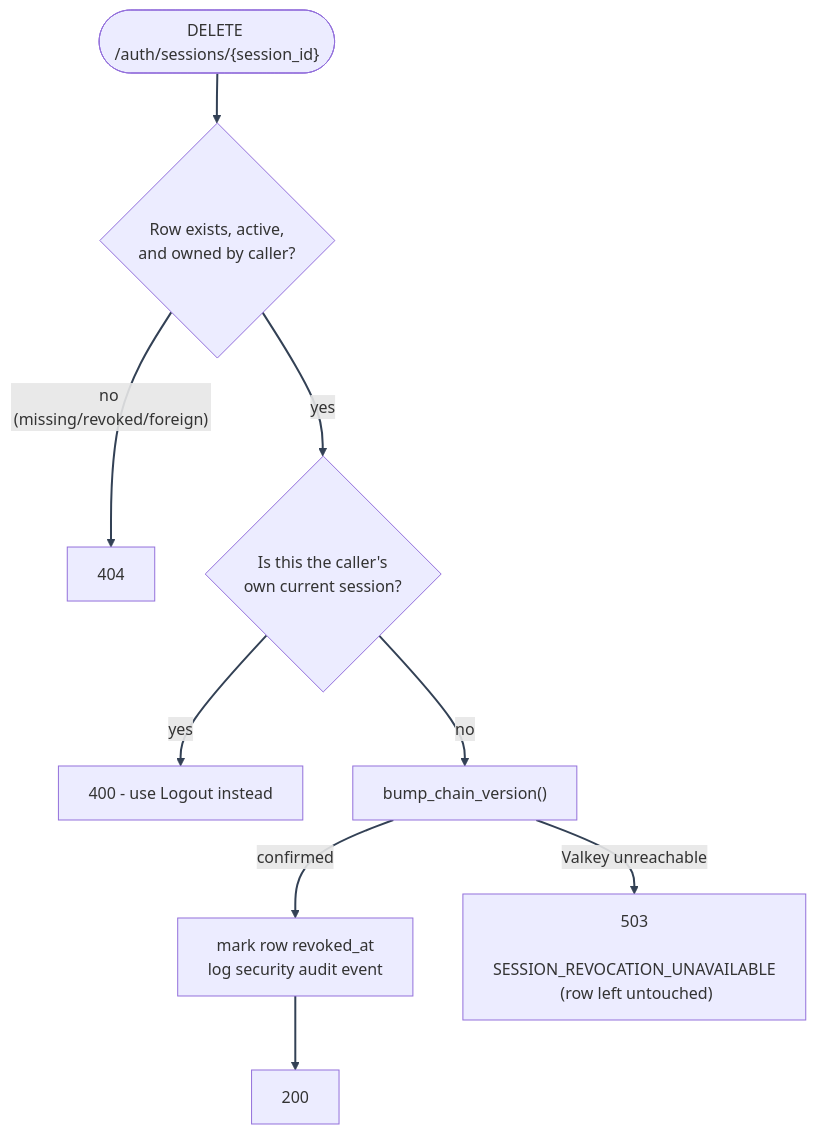
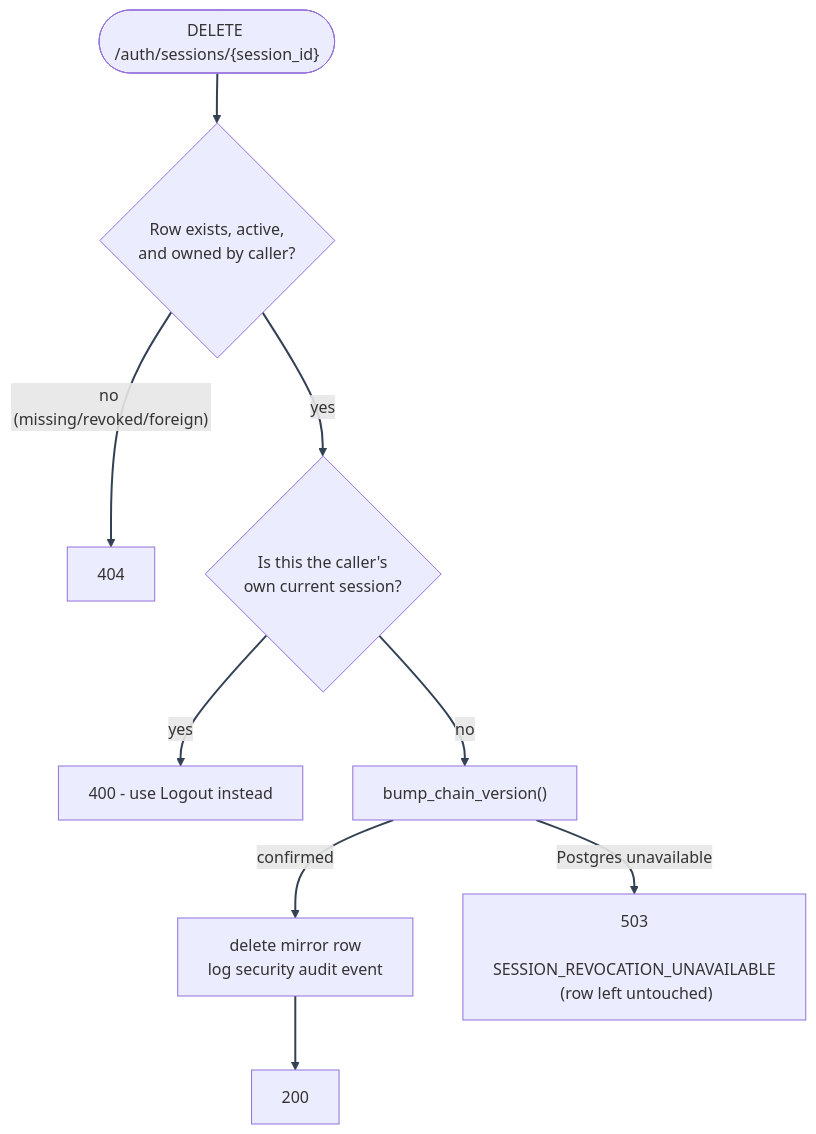
The diagram in docs/mystic_auth/authentication/session-management/list-and-revoke-sessions.md (Nachiket-2024/mystic-auth), drawn with Mermaid before and after one commit. The commit also changed other lines of this file and 376 other files, not shown here.

````diff
--- a/docs/mystic_auth/authentication/session-management/list-and-revoke-sessions.md
+++ b/docs/mystic_auth/authentication/session-management/list-and-revoke-sessions.md
@@ -29,13 +29,13 @@
 ```mermaid
 %%{init: {"themeVariables": {"lineColor": "#334155"}} }%%
 flowchart TD
     Start(["DELETE /auth/sessions/{session_id}"]) --> Own{"Row exists, active,\n and owned by caller?"}
     Own -- "no (missing/revoked/foreign)" --> R404["404"]
     Own -- "yes" --> Current{"Is this the caller's\n own current session?"}
     Current -- "yes" --> R400["400 - use Logout instead"]
     Current -- "no" --> Bump["bump_chain_version()"]
-    Bump -- "confirmed" --> Mark["mark row revoked_at\n log security audit event"]
+    Bump -- "confirmed" --> Mark["delete mirror row\n log security audit event"]
     Mark --> R200["200"]
-    Bump -- "Valkey unreachable" --> R503["503\n SESSION_REVOCATION_UNAVAILABLE\n (row left untouched)"]
+    Bump -- "Postgres unavailable" --> R503["503\n SESSION_REVOCATION_UNAVAILABLE\n (row left untouched)"]
     linkStyle default stroke:#334155,stroke-width:2px
 ```
````
